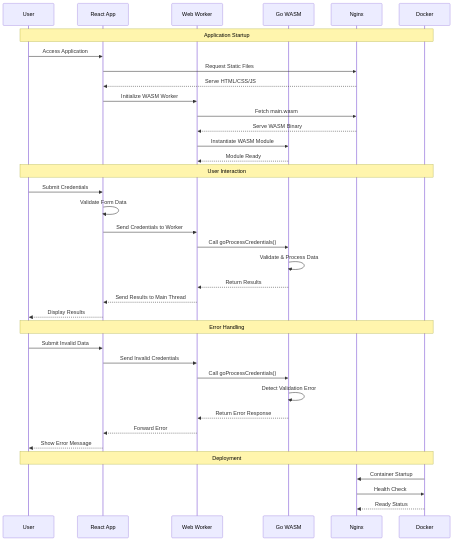
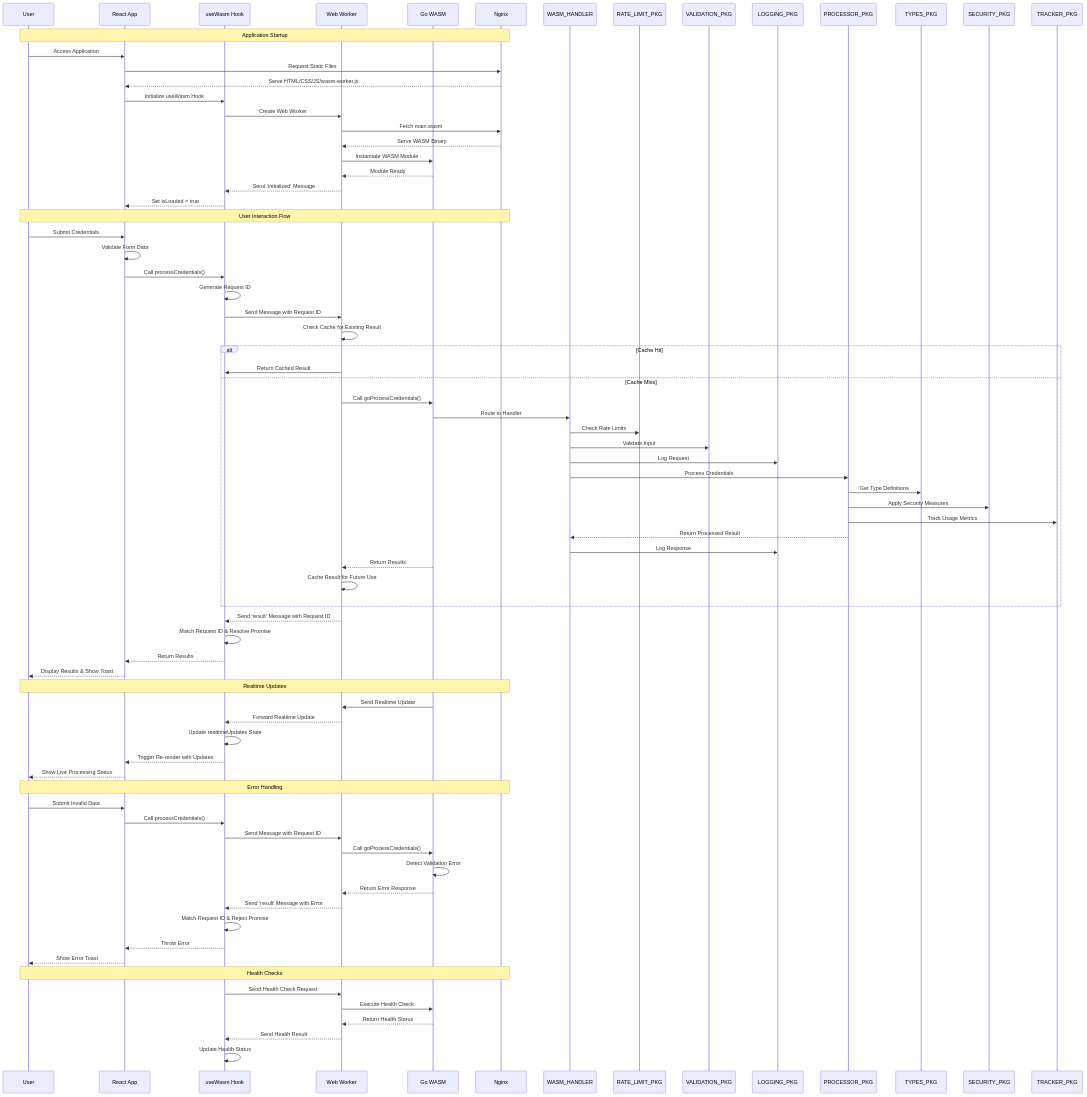
One commit to zlovtnik/MyUSCISgo changed the third of 3 diagrams in README.md. Above: the diagram before and after it, drawn with Mermaid. The commit also changed other lines of this file, not shown here.

Commit message:
docs: Update README.md to enhance project overview and architecture details

````diff
--- a/README.md
+++ b/README.md
@@ -175,43 +227,77 @@
 ```mermaid
 sequenceDiagram
     participant U as User
     participant R as React App
+    participant H as useWasm Hook
     participant W as Web Worker
     participant G as Go WASM
     participant N as Nginx
-    participant D as Docker
 
-    Note over U,D: Application Startup
+    Note over U,N: Application Startup
     U->>R: Access Application
     R->>N: Request Static Files
-    N-->>R: Serve HTML/CSS/JS
-    R->>W: Initialize WASM Worker
+    N-->>R: Serve HTML/CSS/JS/wasm-worker.js
+    R->>H: Initialize useWasm Hook
+    H->>W: Create Web Worker
     W->>N: Fetch main.wasm
     N-->>W: Serve WASM Binary
     W->>G: Instantiate WASM Module
     G-->>W: Module Ready
+    W-->>H: Send 'initialized' Message
+    H-->>R: Set isLoaded = true
 
-    Note over U,D: User Interaction
+    Note over U,N: User Interaction Flow
     U->>R: Submit Credentials
     R->>R: Validate Form Data
-    R->>W: Send Credentials to Worker
-    W->>G: Call goProcessCredentials()
-    G->>G: Validate & Process Data
-    G-->>W: Return Results
-    W-->>R: Send Results to Main Thread
-    R-->>U: Display Results
+    R->>H: Call processCredentials()
+    H->>H: Generate Request ID
+    H->>W: Send Message with Request ID
+    W->>W: Check Cache for Existing Result
+    alt Cache Hit
+        W->>H: Return Cached Result
+    else Cache Miss
+        W->>G: Call goProcessCredentials()
+        G->>WASM_HANDLER: Route to Handler
+        WASM_HANDLER->>RATE_LIMIT_PKG: Check Rate Limits
+        WASM_HANDLER->>VALIDATION_PKG: Validate Input
+        WASM_HANDLER->>LOGGING_PKG: Log Request
+        WASM_HANDLER->>PROCESSOR_PKG: Process Credentials
+        PROCESSOR_PKG->>TYPES_PKG: Get Type Definitions
+        PROCESSOR_PKG->>SECURITY_PKG: Apply Security Measures
+        PROCESSOR_PKG->>TRACKER_PKG: Track Usage Metrics
+        PROCESSOR_PKG-->>WASM_HANDLER: Return Processed Result
+        WASM_HANDLER->>LOGGING_PKG: Log Response
+        G-->>W: Return Results
+        W->>W: Cache Result for Future Use
+    end
+    W-->>H: Send 'result' Message with Request ID
+    H->>H: Match Request ID & Resolve Promise
+    H-->>R: Return Results
+    R-->>U: Display Results & Show Toast
 
-    Note over U,D: Error Handling
+    Note over U,N: Realtime Updates
+    G->>W: Send Realtime Update
+    W-->>H: Forward Realtime Update
+    H->>H: Update realtimeUpdates State
+    H-->>R: Trigger Re-render with Updates
+    R-->>U: Show Live Processing Status
+
+    Note over U,N: Error Handling
     U->>R: Submit Invalid Data
-    R->>W: Send Invalid Credentials
+    R->>H: Call processCredentials()
+    H->>W: Send Message with Request ID
     W->>G: Call goProcessCredentials()
     G->>G: Detect Validation Error
     G-->>W: Return Error Response
-    W-->>R: Forward Error
-    R-->>U: Show Error Message
+    W-->>H: Send 'result' Message with Error
+    H->>H: Match Request ID & Reject Promise
+    H-->>R: Throw Error
+    R-->>U: Show Error Toast
 
-    Note over U,D: Deployment
-    D->>N: Container Startup
-    N->>D: Health Check
-    D-->>N: Ready Status
+    Note over U,N: Health Checks
+    H->>W: Send Health Check Request
+    W->>G: Execute Health Check
+    G-->>W: Return Health Status
+    W-->>H: Send Health Result
+    H->>H: Update Health Status
 ```
````
